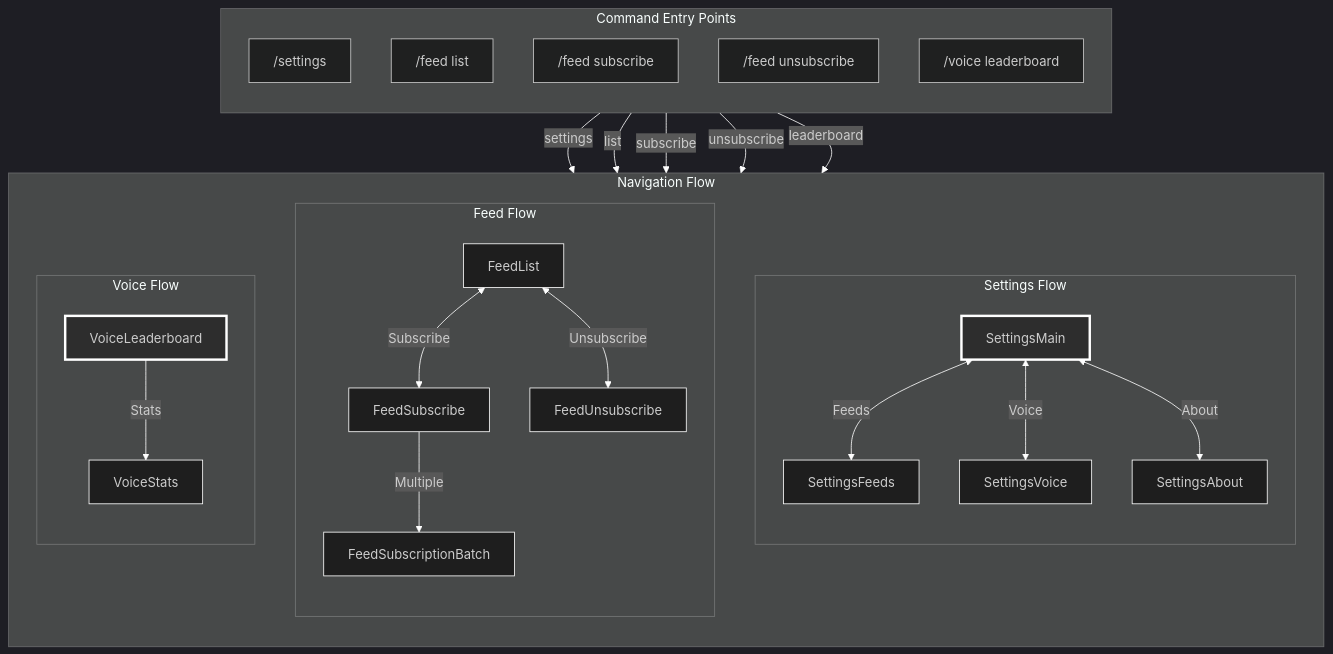
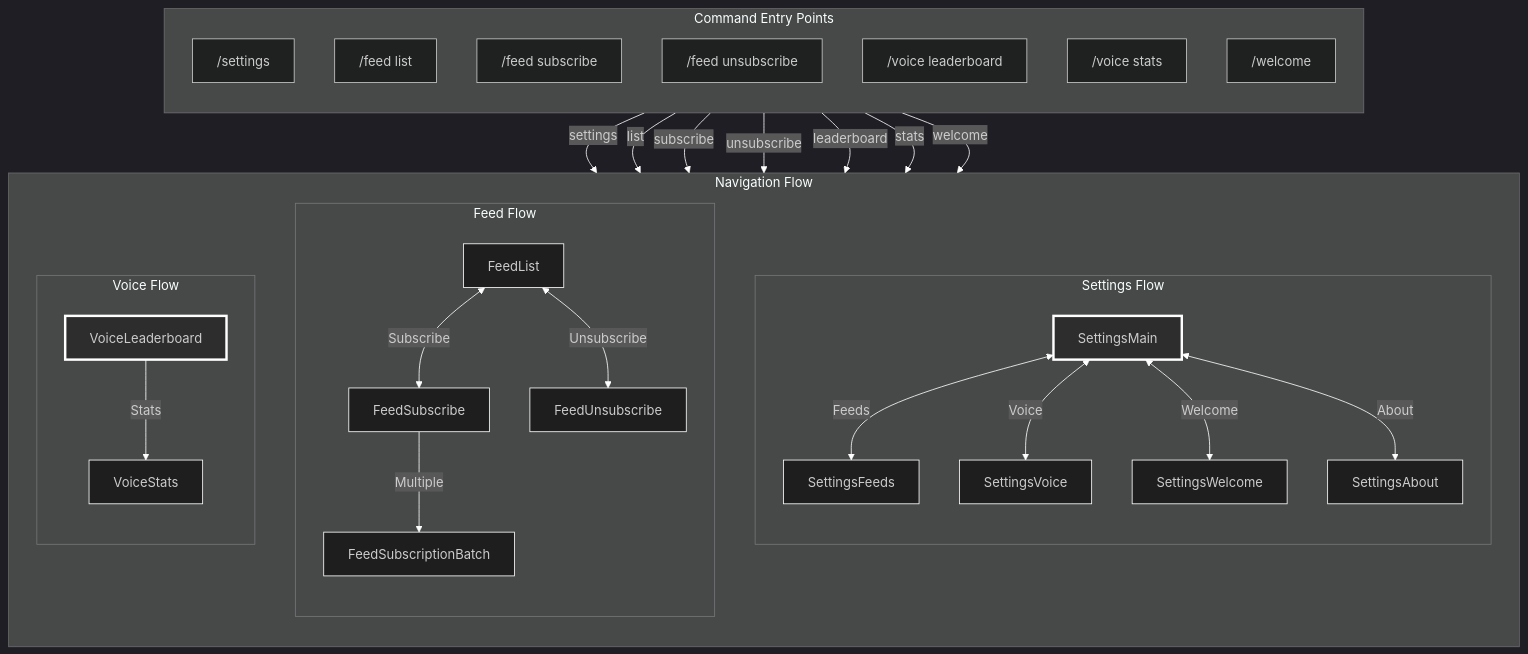
Before and after one commit to FAZuH/pwr-bot: the diagram in docs/diagrams/view-routes.mmd, drawn with Mermaid. The commit also changed 9 other files, not shown here.

```diff
--- a/docs/diagrams/view-routes.mmd
+++ b/docs/diagrams/view-routes.mmd
@@ -1,76 +1,83 @@
 %%{init: {
   'theme': 'dark',
   'themeVariables': {
     'primaryColor': '#1e1e1e',
     'primaryTextColor': '#ffffff',
     'primaryBorderColor': '#ffffff',
     'lineColor': '#ffffff',
     'secondaryColor': '#2d2d2d',
     'tertiaryColor': '#1e1e1e',
     'noteBkgColor': '#2d2d2d',
     'noteTextColor': '#ffffff',
     'noteBorderColor': '#ffffff'
   }
 }}%%
 graph TB
     subgraph Commands["Command Entry Points"]
         direction TB
         SettingsCmd["/settings"]
         FeedListCmd["/feed list"]
         FeedSubCmd["/feed subscribe"]
         FeedUnsubCmd["/feed unsubscribe"]
         VoiceLBCmd["/voice leaderboard"]
+        VoiceStatsCmd["/voice stats"]
+        WelcomeCmd["/welcome"]
     end
     
     subgraph Navigation["Navigation Flow"]
         direction TB
         
         subgraph SettingsFlow["Settings Flow"]
             direction TB
             SettingsMain["SettingsMain"]
             SettingsFeeds["SettingsFeeds"]
             SettingsVoice["SettingsVoice"]
+            SettingsWelcome["SettingsWelcome"]
             SettingsAbout["SettingsAbout"]
             
             SettingsMain <-->|Feeds| SettingsFeeds
             SettingsMain <-->|Voice| SettingsVoice
+            SettingsMain <-->|Welcome| SettingsWelcome
             SettingsMain <-->|About| SettingsAbout
         end
         
         subgraph FeedFlow["Feed Flow"]
             direction TB
             FeedList["FeedList"]
             FeedSubscribe["FeedSubscribe"]
             FeedUnsubscribe["FeedUnsubscribe"]
             FeedBatch["FeedSubscriptionBatch"]
             
             FeedList <-->|Subscribe| FeedSubscribe
             FeedList <-->|Unsubscribe| FeedUnsubscribe
             FeedSubscribe -->|Multiple| FeedBatch
         end
         
         subgraph VoiceFlow["Voice Flow"]
             direction TB
             VoiceLeaderboard["VoiceLeaderboard"]
             VoiceStats["VoiceStats"]
             
             VoiceLeaderboard -->|Stats| VoiceStats
         end
     end
     
     Commands -->|settings| SettingsMain
     Commands -->|list| FeedList
     Commands -->|subscribe| FeedSubscribe
     Commands -->|unsubscribe| FeedUnsubscribe
     Commands -->|leaderboard| VoiceLeaderboard
+    Commands -->|stats| VoiceStats
+    Commands -->|welcome| SettingsWelcome
     
     style SettingsMain fill:#2d2d2d,stroke:#ffffff,stroke-width:3px
     style SettingsFeeds fill:#1e1e1e,stroke:#ffffff
     style SettingsVoice fill:#1e1e1e,stroke:#ffffff
+    style SettingsWelcome fill:#1e1e1e,stroke:#ffffff
     style SettingsAbout fill:#1e1e1e,stroke:#ffffff
     style FeedList fill:#1e1e1e,stroke:#ffffff
     style FeedSubscribe fill:#1e1e1e,stroke:#ffffff
     style FeedUnsubscribe fill:#1e1e1e,stroke:#ffffff
     style FeedBatch fill:#1e1e1e,stroke:#ffffff
     style VoiceLeaderboard fill:#2d2d2d,stroke:#ffffff,stroke-width:3px
     style VoiceStats fill:#1e1e1e,stroke:#ffffff
```
